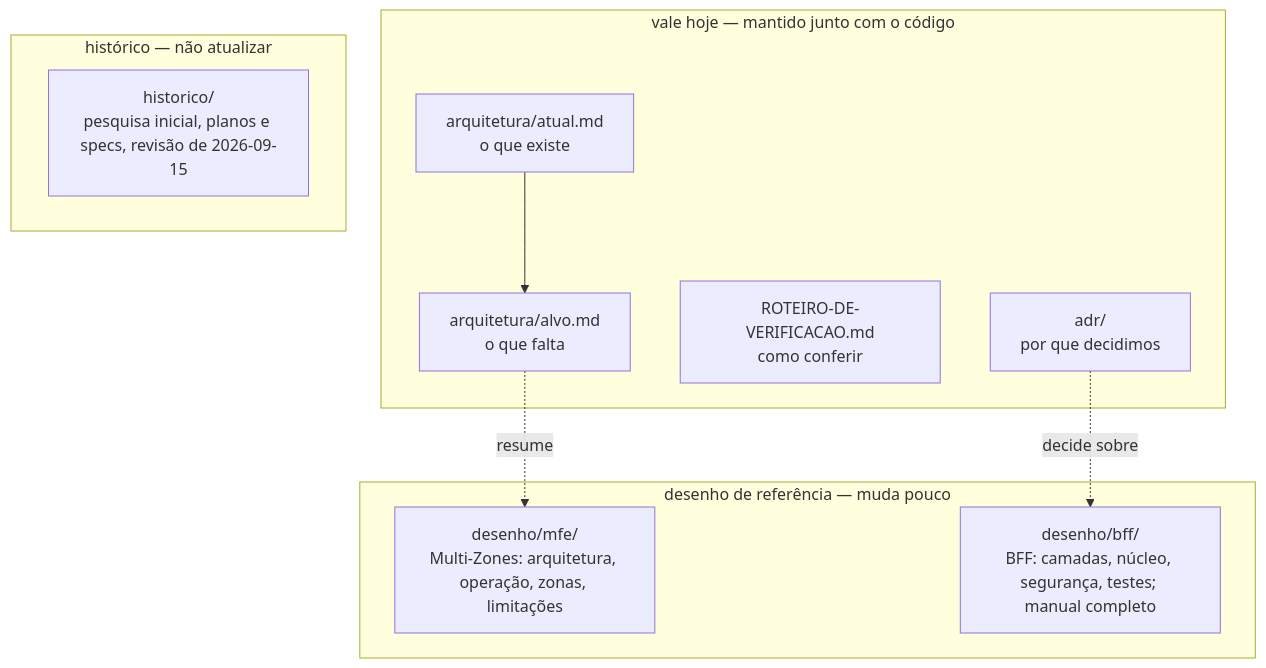
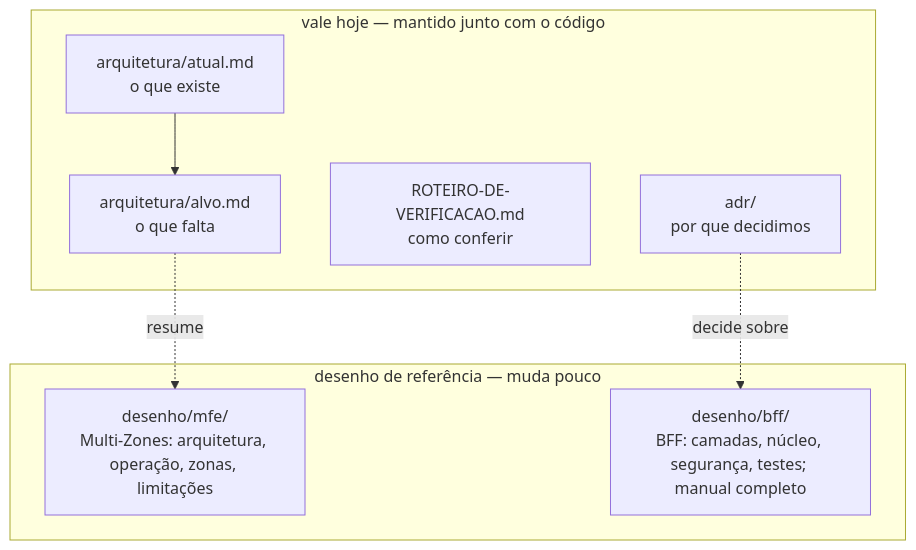
One commit to ArtroxGabriel/nextjs-mfe changed the diagram in docs/README.md. Above: the diagram before and after it, drawn with Mermaid. The commit also changed other lines of this file and 410 other files, not shown here.

````diff
--- a/docs/README.md
+++ b/docs/README.md
@@ -16,19 +16,16 @@
 ```mermaid
 flowchart TB
     subgraph VALE["vale hoje — mantido junto com o código"]
         AT["arquitetura/atual.md<br/>o que existe"]
         AL["arquitetura/alvo.md<br/>o que falta"]
         RO["ROTEIRO-DE-VERIFICACAO.md<br/>como conferir"]
         ADR["adr/<br/>por que decidimos"]
     end
     subgraph REF["desenho de referência — muda pouco"]
         MFE["desenho/mfe/<br/>Multi-Zones: arquitetura, operação, zonas, limitações"]
         COM["desenho/bff/<br/>BFF: camadas, núcleo, segurança, testes; manual completo"]
     end
-    subgraph HIS["histórico — não atualizar"]
-        H["historico/<br/>pesquisa inicial, planos e specs, revisão de 2026-09-15"]
-    end
     AT --> AL
     AL -. resume .-> MFE
     ADR -. decide sobre .-> COM
 ```
````
